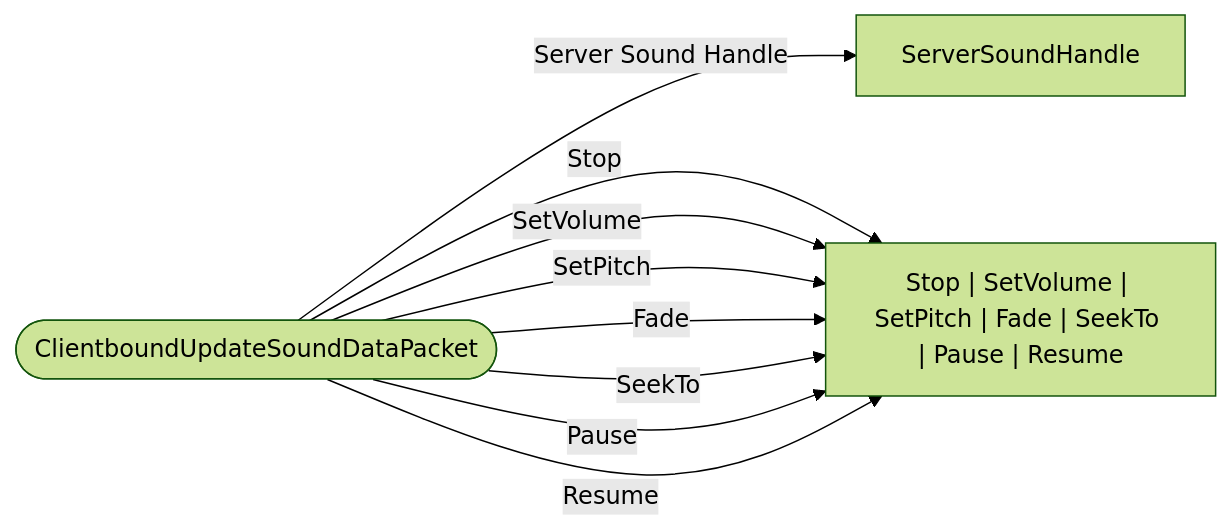
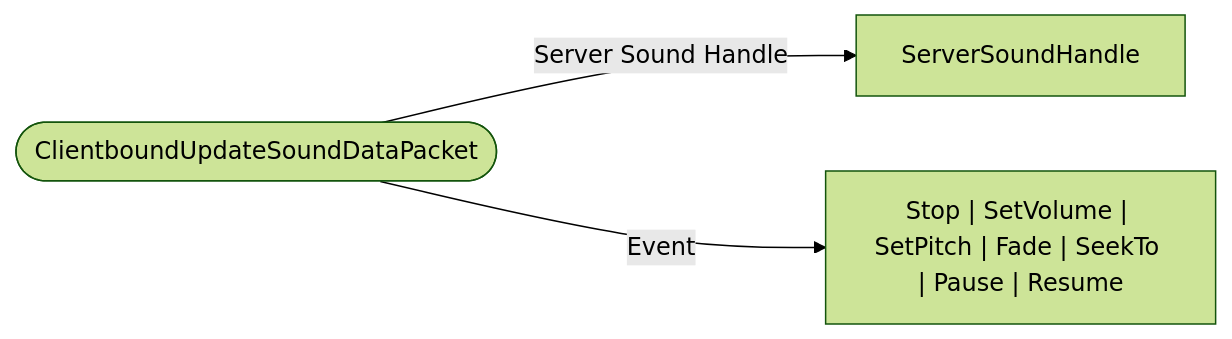
Before and after one commit to bedrock-v/protocol-docs: the diagram in schemas/packets/ClientboundUpdateSoundDataPacket.md, drawn with Mermaid (forest theme). The commit also changed 73 other files, not shown here.

````diff
--- a/schemas/packets/ClientboundUpdateSoundDataPacket.md
+++ b/schemas/packets/ClientboundUpdateSoundDataPacket.md
@@ -7,12 +7,6 @@
 ```mermaid
 flowchart LR
   ROOT(["ClientboundUpdateSoundDataPacket"])
   ROOT -->|"Server Sound Handle"| ServerSoundHandle["ServerSoundHandle"]
-  ROOT -->|"Stop"| Stop___SetVolume___SetPitch___Fade___SeekTo___Pause___Resume["Stop | SetVolume | SetPitch | Fade | SeekTo | Pause | Resume"]
-  ROOT -->|"SetVolume"| Stop___SetVolume___SetPitch___Fade___SeekTo___Pause___Resume["Stop | SetVolume | SetPitch | Fade | SeekTo | Pause | Resume"]
-  ROOT -->|"SetPitch"| Stop___SetVolume___SetPitch___Fade___SeekTo___Pause___Resume["Stop | SetVolume | SetPitch | Fade | SeekTo | Pause | Resume"]
-  ROOT -->|"Fade"| Stop___SetVolume___SetPitch___Fade___SeekTo___Pause___Resume["Stop | SetVolume | SetPitch | Fade | SeekTo | Pause | Resume"]
-  ROOT -->|"SeekTo"| Stop___SetVolume___SetPitch___Fade___SeekTo___Pause___Resume["Stop | SetVolume | SetPitch | Fade | SeekTo | Pause | Resume"]
-  ROOT -->|"Pause"| Stop___SetVolume___SetPitch___Fade___SeekTo___Pause___Resume["Stop | SetVolume | SetPitch | Fade | SeekTo | Pause | Resume"]
-  ROOT -->|"Resume"| Stop___SetVolume___SetPitch___Fade___SeekTo___Pause___Resume["Stop | SetVolume | SetPitch | Fade | SeekTo | Pause | Resume"]
+  ROOT -->|"Event"| Stop___SetVolume___SetPitch___Fade___SeekTo___Pause___Resume["Stop | SetVolume | SetPitch | Fade | SeekTo | Pause | Resume"]
 ```
````
